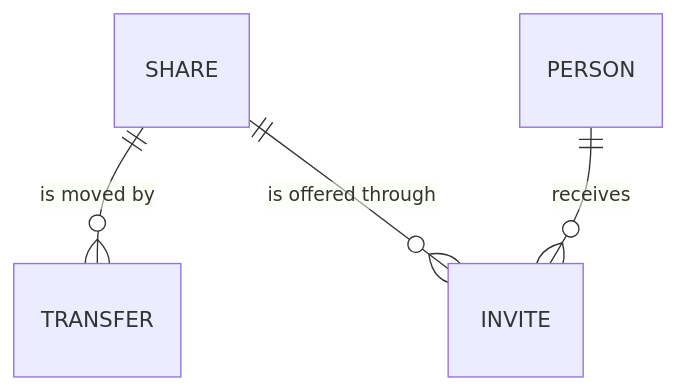
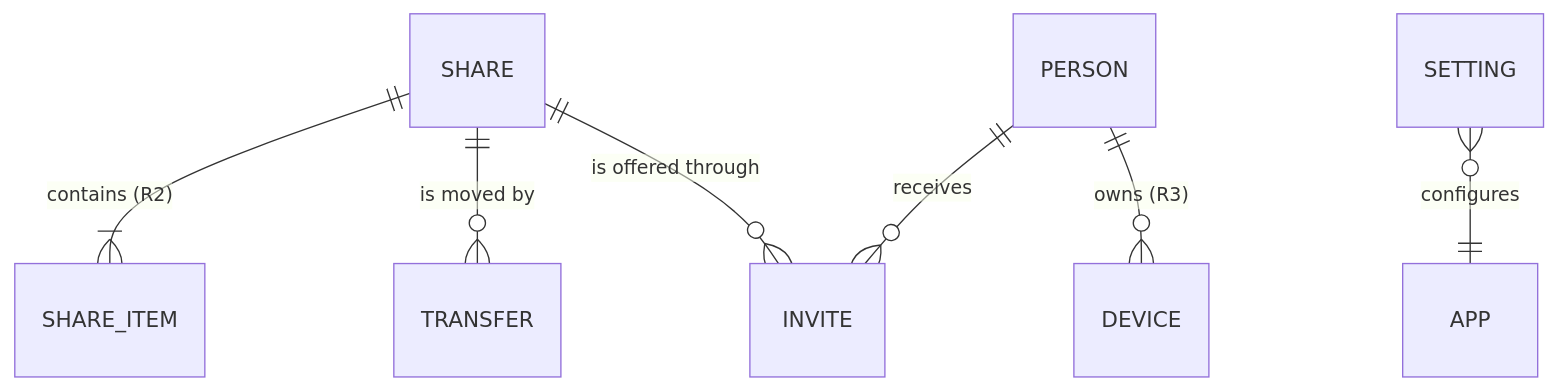
Before and after one commit to BrunoBrock/ComParta: the third of 3 diagrams in Planning/initiative-comparta/architecture-comparta/architecture-comparta.md, drawn with Mermaid. The commit also changed other lines of this file and 32 other files, not shown here.

First line of the commit message:
Plan the rest of ComParta: roadmap, UX design, new decisions and stories

````diff
--- a/Planning/initiative-comparta/architecture-comparta/architecture-comparta.md
+++ b/Planning/initiative-comparta/architecture-comparta/architecture-comparta.md
@@ -162,6 +218,9 @@
 ```mermaid
 erDiagram
+  SHARE ||--|{ SHARE_ITEM : "contains (R2)"
   SHARE ||--o{ TRANSFER : "is moved by"
   PERSON ||--o{ INVITE : "receives"
   SHARE ||--o{ INVITE : "is offered through"
+  PERSON ||--o{ DEVICE : "owns (R3)"
+  SETTING }o--|| APP : "configures"
 ```
````
